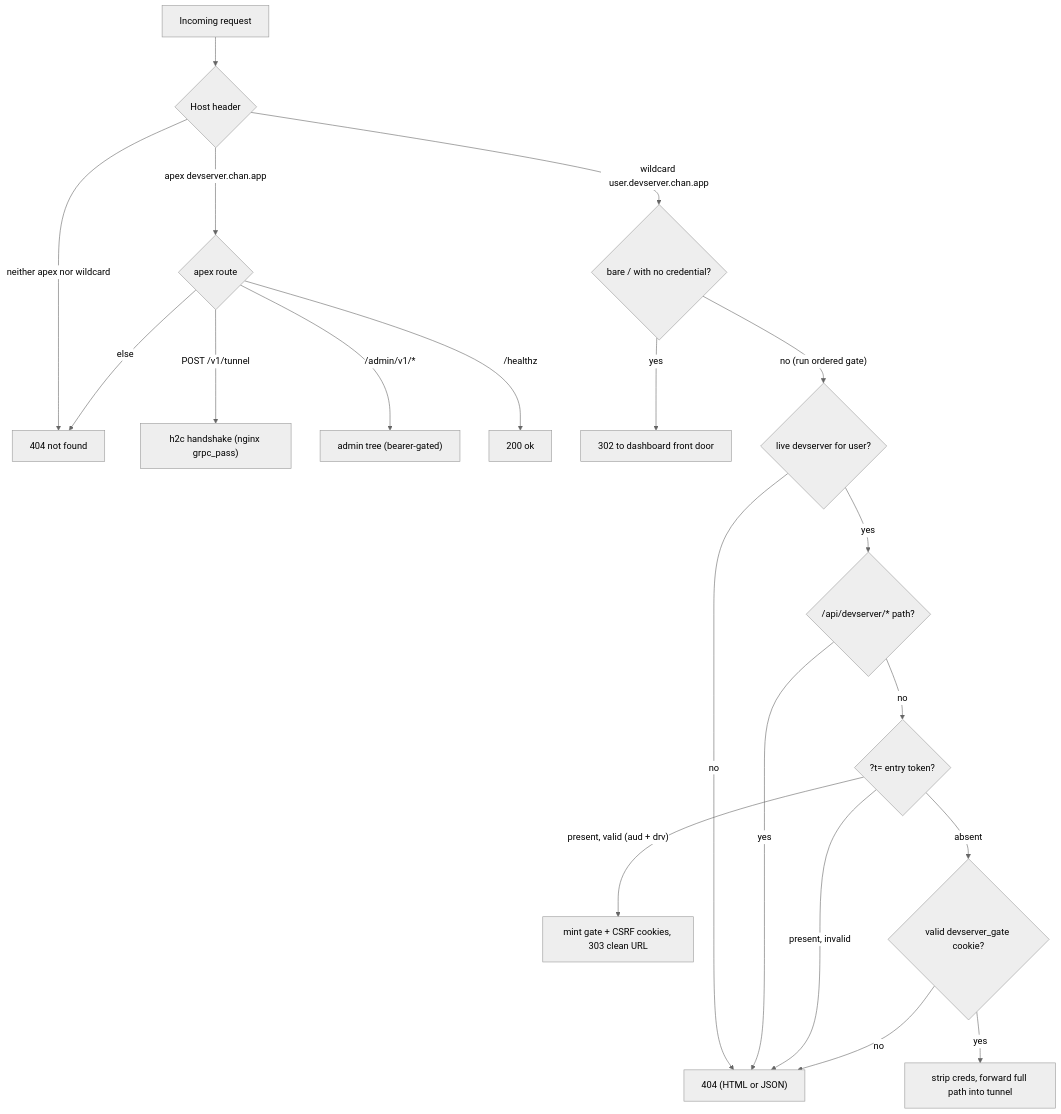
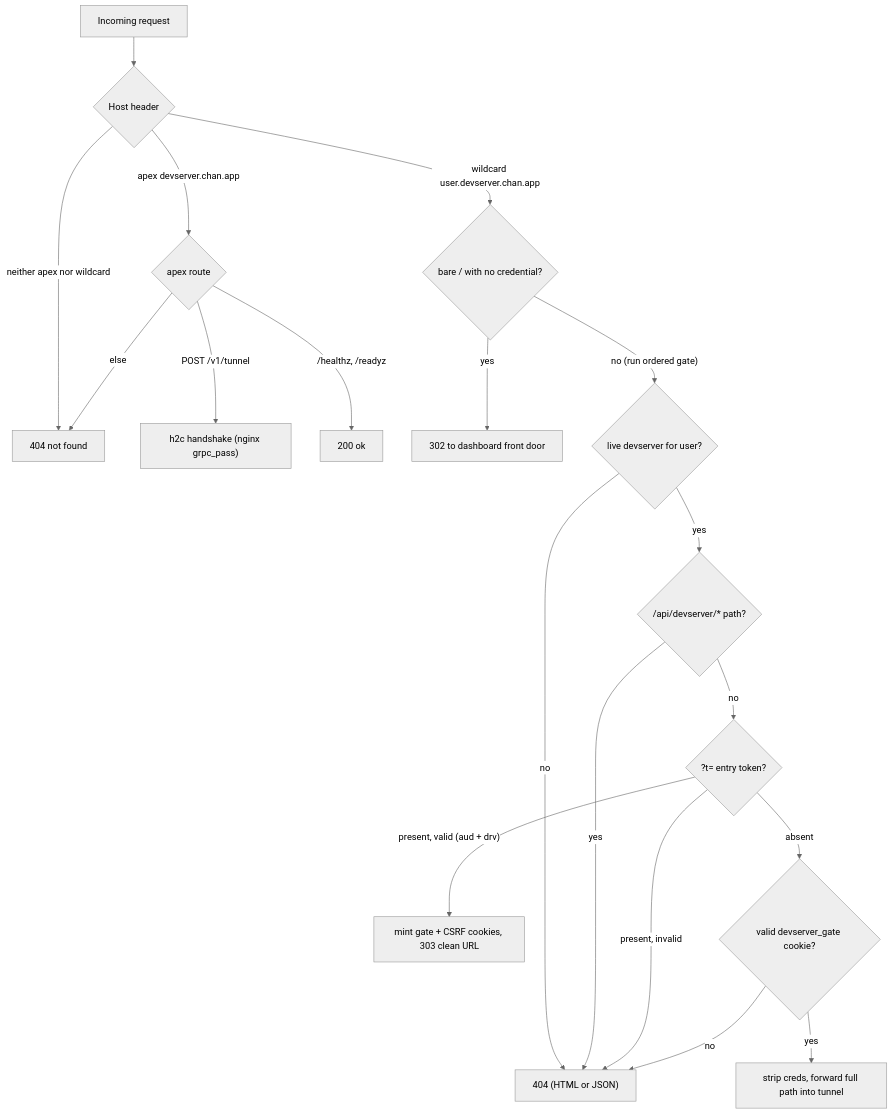
The first of 2 diagrams in gateway/crates/devserver-proxy/design.md (likewhatevs/chan), drawn with Mermaid (neutral theme) before and after one commit. The commit also changed other lines of this file and 4 other files, not shown here.

````diff
--- a/gateway/crates/devserver-proxy/design.md
+++ b/gateway/crates/devserver-proxy/design.md
@@ -33,24 +33,23 @@
 ```mermaid
 flowchart TD
     Req["Incoming request"] --> Host{"Host header"}
     Host -->|"neither apex nor wildcard"| NFapex["404 not found"]
     Host -->|"apex devserver.chan.app"| Apex{"apex route"}
     Host -->|"wildcard user.devserver.chan.app"| Root{"bare / with no credential?"}
 
     Apex -->|"POST /v1/tunnel"| Tun["h2c handshake (nginx grpc_pass)"]
-    Apex -->|"/admin/v1/*"| Adm["admin tree (bearer-gated)"]
-    Apex -->|"/healthz"| Hz["200 ok"]
+    Apex -->|"/healthz, /readyz"| Hz["200 ok"]
     Apex -->|"else"| NFapex
 
     Root -->|"yes"| Dash["302 to dashboard front door"]
     Root -->|"no (run ordered gate)"| Live{"live devserver for user?"}
     Live -->|"no"| NFgate["404 (HTML or JSON)"]
     Live -->|"yes"| Mgmt{"/api/devserver/* path?"}
     Mgmt -->|"yes"| NFgate
     Mgmt -->|"no"| Tparam{"?t= entry token?"}
     Tparam -->|"present, valid (aud + drv)"| Mint["mint gate + CSRF cookies, 303 clean URL"]
     Tparam -->|"present, invalid"| NFgate
     Tparam -->|"absent"| Cookie{"valid devserver_gate cookie?"}
     Cookie -->|"yes"| Pass["strip creds, forward full path into tunnel"]
     Cookie -->|"no"| NFgate
 ```
````
